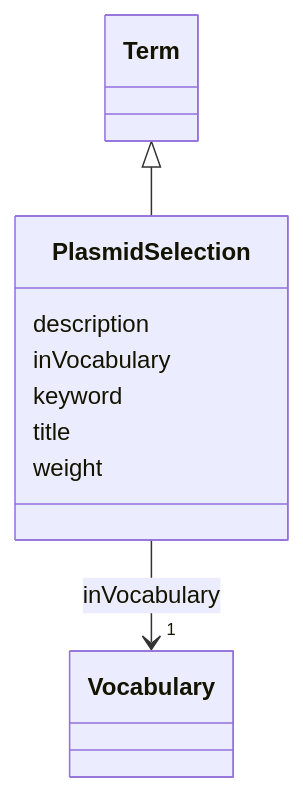
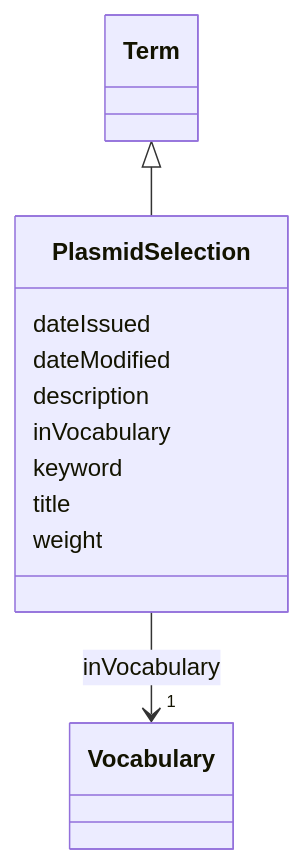
One commit to EVORA-project/evora-ontology changed the diagram in models/docs/PlasmidSelection.md. Above: the diagram before and after it, drawn with Mermaid. The commit also changed other lines of this file and 377 other files, not shown here.

````diff
--- a/models/docs/PlasmidSelection.md
+++ b/models/docs/PlasmidSelection.md
@@ -19,26 +19,30 @@
 ```mermaid
  classDiagram
     class PlasmidSelection
     click PlasmidSelection href "../PlasmidSelection"
       Term <|-- PlasmidSelection
         click Term href "../Term"
       
+      PlasmidSelection : dateIssued
+        
+      PlasmidSelection : dateModified
+        
       PlasmidSelection : description
         
       PlasmidSelection : inVocabulary
         
           
     
     
     PlasmidSelection --> "1" Vocabulary : inVocabulary
     click Vocabulary href "../Vocabulary"
 
         
       PlasmidSelection : keyword
         
       PlasmidSelection : title
         
       PlasmidSelection : weight
         
       
 ```
````
